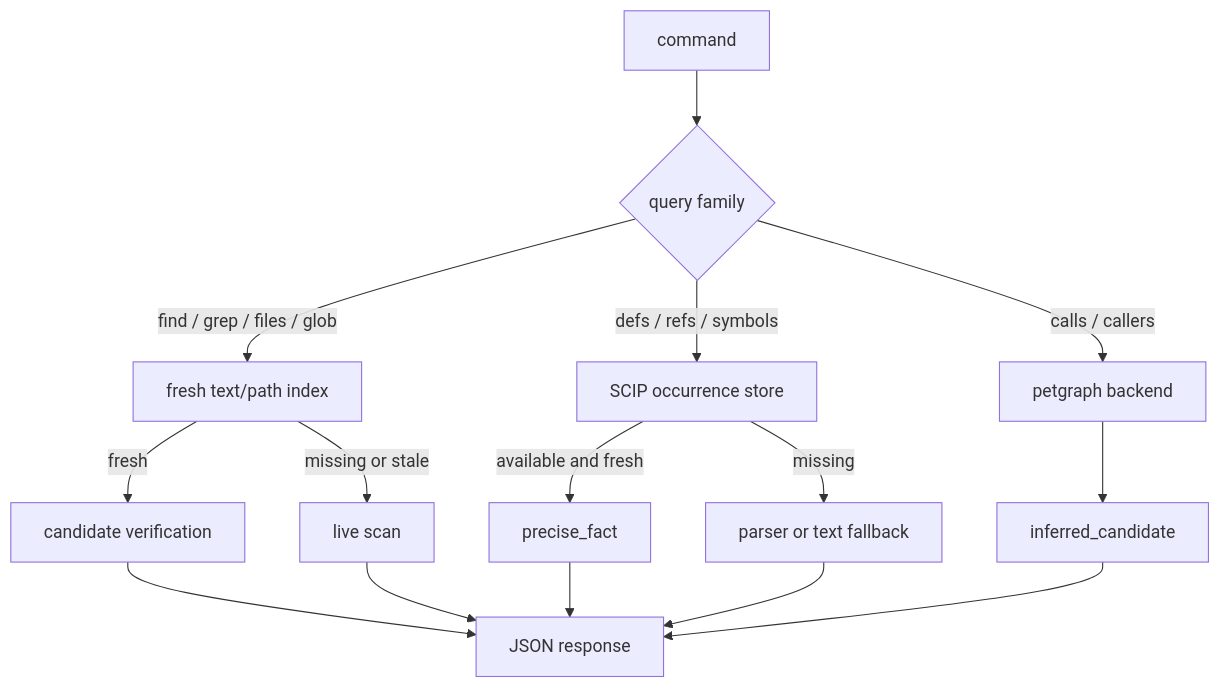
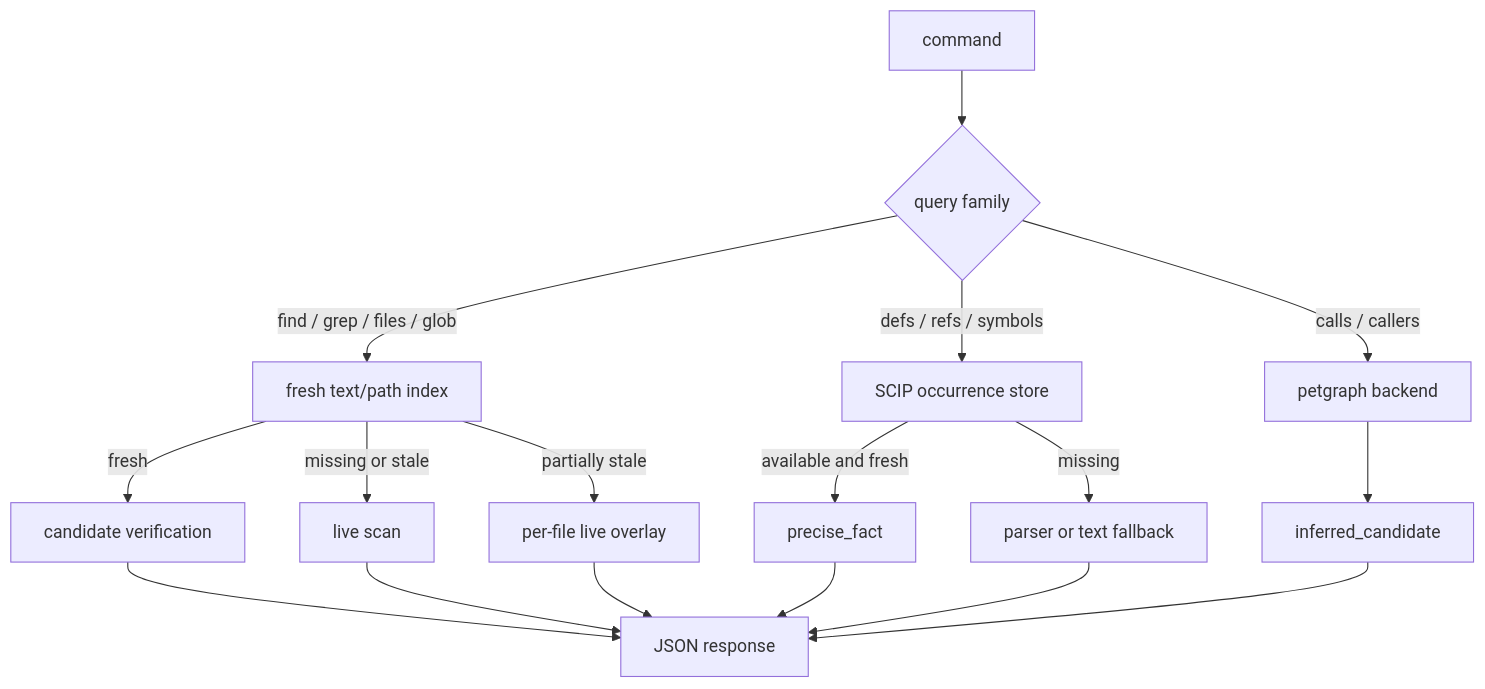
One commit to mars167/CodeTrail changed the third of 6 diagrams in docs/01-architecture.md. Above: the diagram before and after it, drawn with Mermaid. The commit also changed other lines of this file and 4 other files, not shown here.

````diff
--- a/docs/01-architecture.md
+++ b/docs/01-architecture.md
@@ -62,21 +66,23 @@
 ```mermaid
 flowchart TD
   Cmd["command"] --> Kind{"query family"}
 
   Kind -->|find / grep / files / glob| Text["fresh text/path index"]
   Text -->|fresh| Verify["candidate verification"]
   Text -->|missing or stale| Scan["live scan"]
+  Text -->|partially stale| Overlay["per-file live overlay"]
 
   Kind -->|defs / refs / symbols| Scip["SCIP occurrence store"]
   Scip -->|available and fresh| Precise["precise_fact"]
   Scip -->|missing| Fallback["parser or text fallback"]
 
   Kind -->|calls / callers| Graph["petgraph backend"]
   Graph --> Candidate["inferred_candidate"]
 
   Verify --> Json["JSON response"]
   Scan --> Json
+  Overlay --> Json
   Precise --> Json
   Fallback --> Json
   Candidate --> Json
 ```
````
